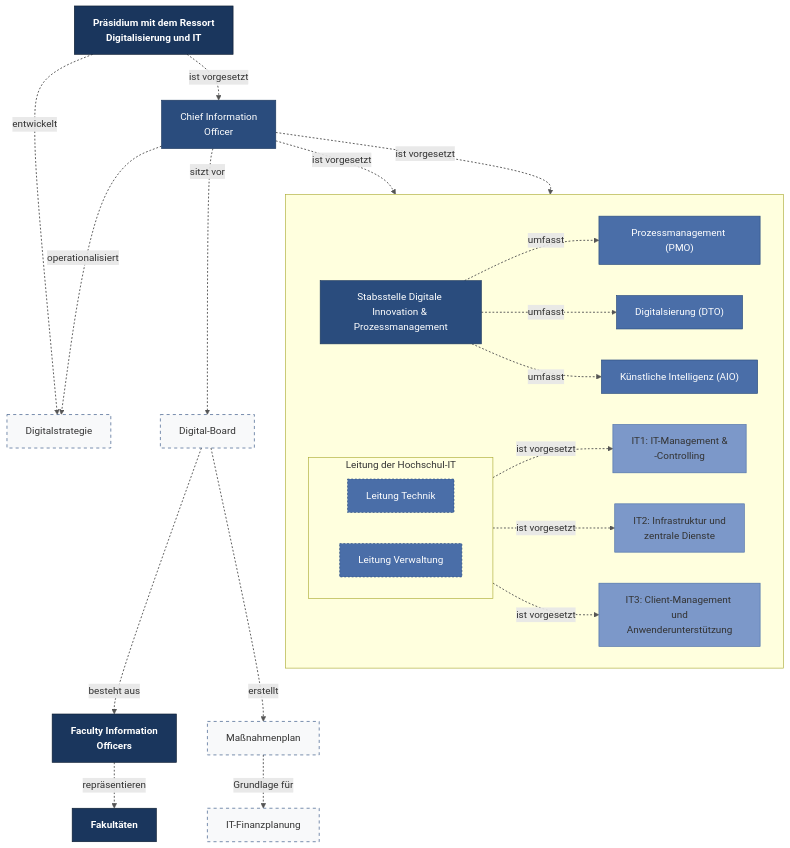
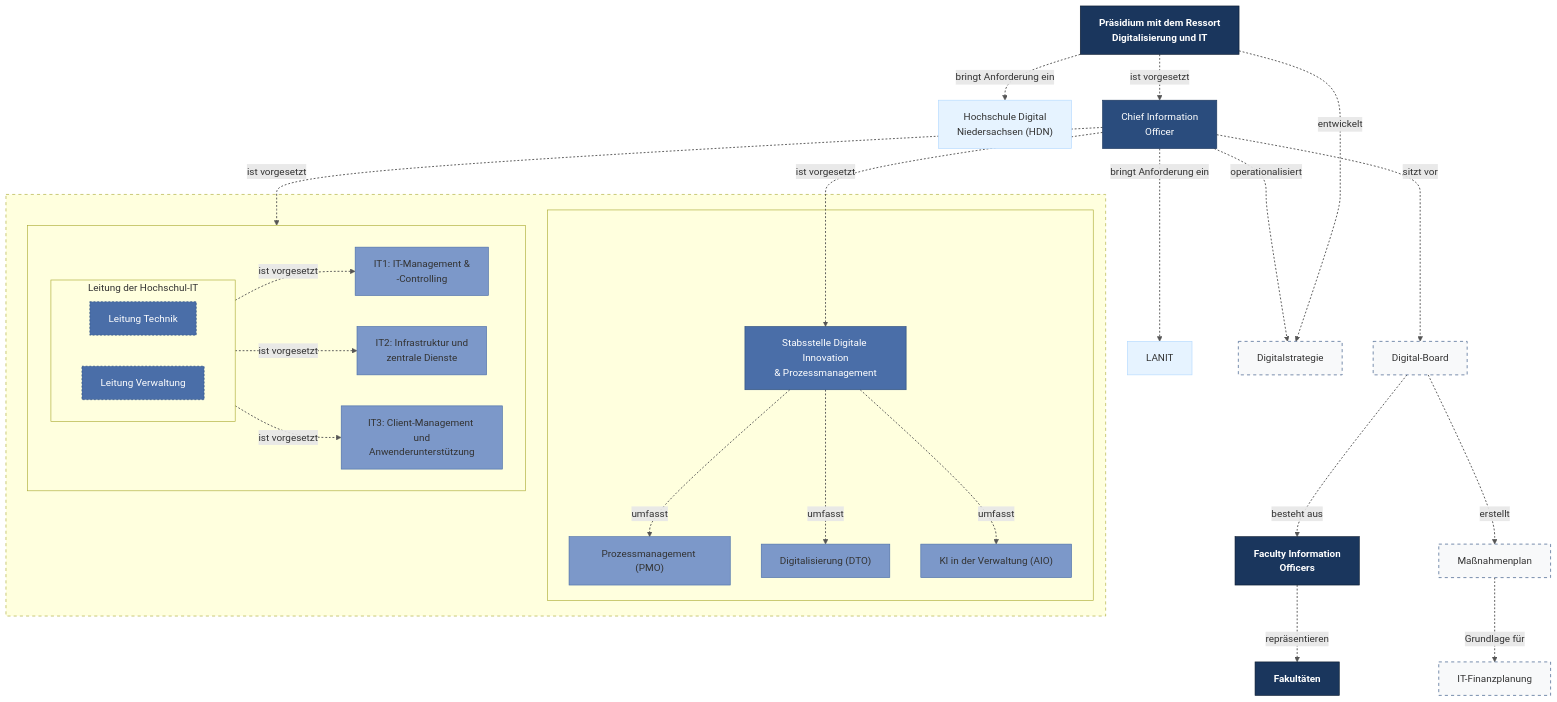
The diagram in 20-organisation.mmd (Hochschule-Hannover/digital-strategie), drawn with Mermaid before and after one commit. The commit also changed 3 other files, not shown here.

```diff
--- a/20-organisation.mmd
+++ b/20-organisation.mmd
@@ -1,106 +1,119 @@
 %%{init: {
   "theme": "dark", 
   "themeVariables": {
     "fontFamily": "'FF Unit Pro', cursive, sans-serif", 
     "fontSize": "20px",
     "primaryColor": "#fafafa",
     "primaryBorderColor": "#333333",
     "background": "#fffdf8",
     "mainBkg": "#fffdf8",
     "lineColor": "#555555",
     "textColor": "#666666"
   }, 
   "flowchart": {
     "diagramPadding": 32, 
     "nodeSpacing": 50, 
     "rankSpacing": 70, 
     "curve": "basis"
   }
 }}%%
 %%{ init: { 'flowchart': { 'curve': 'basis', "defaultRenderer": "dagre" } } }%%
 flowchart TB
     %% Stile für den Handgezeichnet-Look
     linkStyle default stroke:#555555,stroke-width:1.5px,stroke-dasharray: 3 3
     
-    %% Präsidium direkt über CIO
+    %% HDN an der Spitze
+    HDN["Hochschule Digital<br/>Niedersachsen (HDN)"]:::ebene0
+    
+    %% LANIT auf gleicher Ebene
+    LANIT["LANIT"]:::ebene0
+    
+    %% Präsidium direkt unter HDN
     PraesidiumIT["Präsidium mit dem Ressort<br/>Digitalisierung und IT"]:::ebene1
 
     %% SDIP (Stabsstelle) - zuerst definiert außerhalb
     
     %% CIO - nach SDIP definiert
     CIO["Chief Information<br/>Officer"]:::ebene2
     
     %% Missing definitions
     Digitalstrategie["Digitalstrategie"]:::ebene2_stab
     DigitalBoard["Digital-Board"]:::ebene2_stab
     
     %% Digitalstrategie wird vom Präsidium entwickelt
     PraesidiumIT --> |"entwickelt"| Digitalstrategie
+    PraesidiumIT --> |"bringt Anforderung ein"| HDN
 
         %% Ebene 4 - Ausführende Ebene
         FIOs["Faculty Information<br/>Officers"]:::ebene1
         Massnahmenplan["Maßnahmenplan"]:::ebene2_stab
         Finanzplanung["IT-Finanzplanung"]:::ebene2_stab
 
         %% Verbindungen zu den spezifischen IT-Organisationseinheiten
         DigitalBoard --> |"besteht aus"| FIOs
         DigitalBoard --> |"erstellt"| Massnahmenplan
         FIOs --> |"repräsentieren"| Fakultaeten
         Massnahmenplan --> |"Grundlage für"| Finanzplanung
 
     Fakultaeten["Fakultäten"]:::ebene1
 
     %% Hierarchische Beziehungen
     %% CIO ist der SDIP vorgesetzt
     CIO --> |"ist vorgesetzt"| SDIP
     
     PraesidiumIT --> |"ist vorgesetzt"| CIO
     
     CIO --> |"operationalisiert"| Digitalstrategie
     CIO --> |"sitzt vor"| DigitalBoard
-    CIO --> |"ist vorgesetzt"| Dezernatsleitung  
+    CIO --> |"ist vorgesetzt"| Dezernatsleitung
+    CIO --> |"bringt Anforderung ein"| LANIT  
 
-    %% HochschulIT-Subgraph (nur für Dezernatsleitung und IT-Bereiche)
-    subgraph HochschulIT[" "]
-        direction LR
-        
-        %% SDIP als einzelner Knoten
-        SDIP["Stabsstelle Digitale Innovation & Prozessmanagement"]:::ebene2
-        
-        %% SDIP Untereinheiten außerhalb
-        PMO["Prozessmanagement (PMO)"]:::ebene3
-        DTO["Digitalsierung (DTO)"]:::ebene3
-        AIO["Künstliche Intelligenz (AIO)"]:::ebene3
-        
-        subgraph Dezernatsleitung["Leitung der Hochschul-IT"]
-            direction LR
-            Tech["Leitung Technik"]:::ebene3
-            Org["Leitung Verwaltung"]:::ebene3
+    %% Übergeordneter Kasten um SDIP und HochschulIT
+    subgraph IT_Organisation[" "]
+        %% SDIP in eigenem Kasten mit Kindern
+        subgraph SDIP_Bereich[" "]
+            SDIP["Stabsstelle Digitale Innovation<br/>& Prozessmanagement"]:::ebene3
+            PMO["Prozessmanagement (PMO)"]:::ebene4
+            DTO["Digitalisierung (DTO)"]:::ebene4
+            AIO["KI in der Verwaltung (AIO)"]:::ebene4
+            
+            %% SDIP Verbindungen innerhalb
+            SDIP --> |"umfasst"| PMO
+            SDIP --> |"umfasst"| DTO
+            SDIP --> |"umfasst"| AIO
         end
 
-        IT1["IT1: IT-Management &<br/>-Controlling"]:::ebene4
-        IT2["IT2: Infrastruktur und<br/>zentrale Dienste"]:::ebene4
-        IT3["IT3: Client-Management und<br/>Anwenderunterstützung"]:::ebene4
+        %% HochschulIT-Subgraph (nur für Dezernatsleitung und IT-Bereiche)
+        subgraph HochschulIT[" "]
+            direction LR
+            
+            subgraph Dezernatsleitung["Leitung der Hochschul-IT"]
+                direction LR
+                Tech["Leitung Technik"]:::ebene3
+                Org["Leitung Verwaltung"]:::ebene3
+            end
 
-        %% SDIP Verbindungen
-        SDIP --> |"umfasst"| PMO
-        SDIP --> |"umfasst"| DTO
-        SDIP --> |"umfasst"| AIO
+            IT1["IT1: IT-Management &<br/>-Controlling"]:::ebene4
+            IT2["IT2: Infrastruktur und<br/>zentrale Dienste"]:::ebene4
+            IT3["IT3: Client-Management und<br/>Anwenderunterstützung"]:::ebene4
 
-        Dezernatsleitung --> |"ist vorgesetzt"|IT1
-        Dezernatsleitung --> |"ist vorgesetzt"|IT2
-        Dezernatsleitung --> |"ist vorgesetzt"|IT3
+            Dezernatsleitung --> |"ist vorgesetzt"|IT1
+            Dezernatsleitung --> |"ist vorgesetzt"|IT2
+            Dezernatsleitung --> |"ist vorgesetzt"|IT3
+        end
     end
 
     
     %% Professionelle Farbdefinitionen für die hierarchischen Ebenen
+    classDef ebene0 fill:#E6F3FF,stroke:#B3D9FF,stroke-width:1px,color:#333333
     classDef ebene1 fill:#1A365D,stroke:#0A1A2F,stroke-width:1px,color:#FFFFFF,font-weight:bold
     classDef ebene2 fill:#2A4C7D,stroke:#1A365D,stroke-width:1px,color:#FFFFFF
     classDef ebene2_alt fill:#8B5A3C,stroke:#5D3A26,stroke-width:1px,color:#FFFFFF
     classDef ebene2_stab fill:#F8F9FA,stroke:#2A4C7D,stroke-width:1px,stroke-dasharray:5 5,color:#333333
     classDef ebene3 fill:#4A6EA8,stroke:#2A4C7D,stroke-width:1px,color:#FFFFFF
     classDef ebene4 fill:#7C98C9,stroke:#4A6EA8,stroke-width:1px,color:#333333
     classDef ebene5 fill:#A8BCDF,stroke:#7C98C9,stroke-width:1px,color:#333333
 
     style Org stroke-dasharray:3 3
     style Tech stroke-dasharray:3 3
+    style IT_Organisation stroke-dasharray:5 5
```
